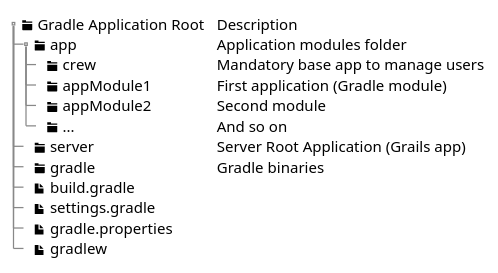
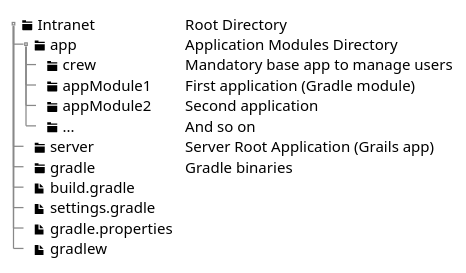
One commit to Taack/taack-website-content changed the first of 2 diagrams in asciidoc/doc/Concepts/Modular.adoc. Above: the diagram before and after it, drawn with PlantUML. The commit also changed other lines of this file, not shown here.

Commit message:
fix directory layout

```diff
--- a/asciidoc/doc/Concepts/Modular.adoc
+++ b/asciidoc/doc/Concepts/Modular.adoc
@@ -11,22 +11,22 @@
 [plantuml, format="svg", opts="inline"]
 ----
 @startsalt
 {
 {T
-+ <&folder> Gradle Application Root | Description
-++ <&folder> app    | Application modules folder
++ <&folder> Intranet | Root Directory
+++ <&folder> app    | Application Modules Directory
 +++ <&folder> crew  | Mandatory base app to manage users
 +++ <&folder> appModule1  | First application (Gradle module)
-+++ <&folder> appModule2  | Second module
++++ <&folder> appModule2  | Second application
 +++ <&folder> ...   | And so on
 ++ <&folder> server | Server Root Application (Grails app)
 ++ <&folder> gradle           | Gradle binaries
 ++ <&file> build.gradle
 ++ <&file> settings.gradle
 ++ <&file> gradle.properties
 ++ <&file> gradlew
 }
 }
 
 @endsalt
 ----
```
